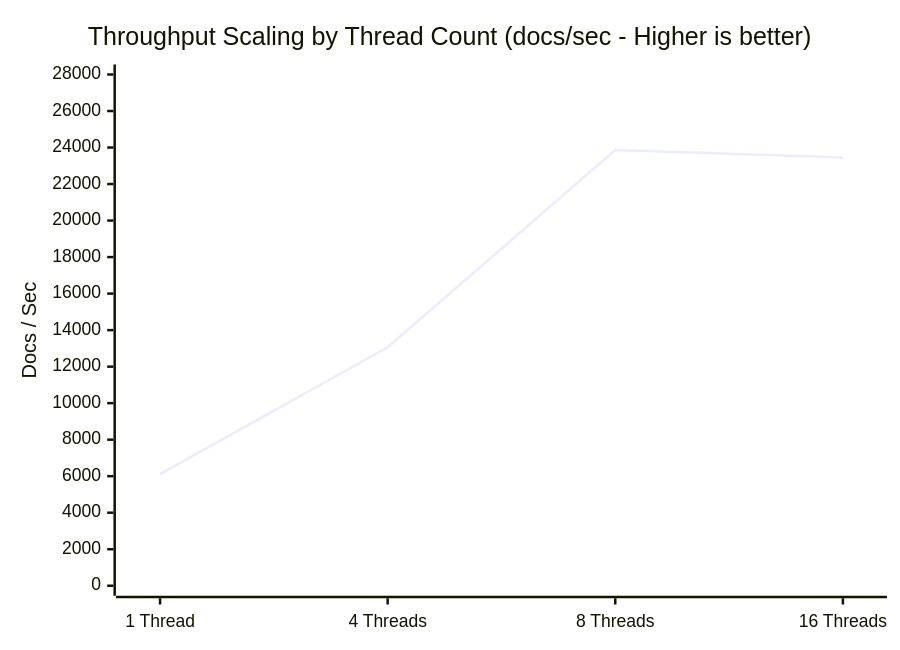
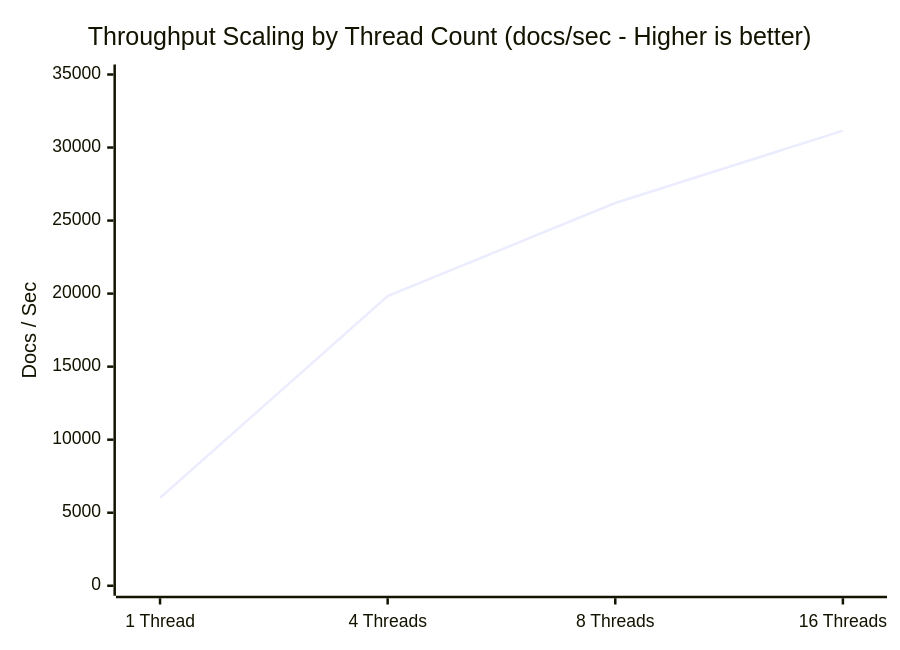
The second of 3 diagrams in docs/lib/benchmark.md (adilsoncruz/open-pdf-generator), drawn with Mermaid before and after one commit. The commit also changed other lines of this file, not shown here.

````diff
--- a/docs/lib/benchmark.md
+++ b/docs/lib/benchmark.md
@@ -80,7 +80,7 @@
 ```mermaid
 xychart-beta
     title "Throughput Scaling by Thread Count (docs/sec - Higher is better)"
     x-axis ["1 Thread", "4 Threads", "8 Threads", "16 Threads"]
-    y-axis "Docs / Sec" 0 --> 28000
-    line [6115, 13059, 23860, 23455]
+    y-axis "Docs / Sec" 0 --> 35000
+    line [6015, 19833, 26203, 31158]
 ```
````
